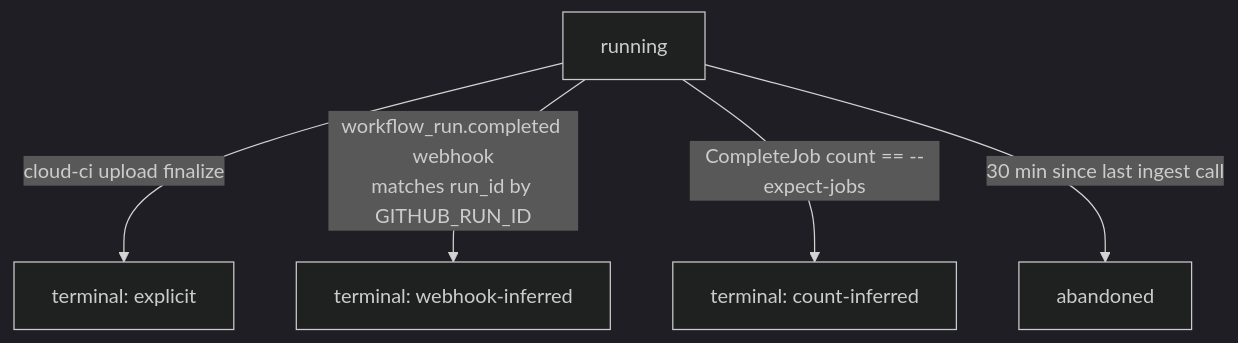
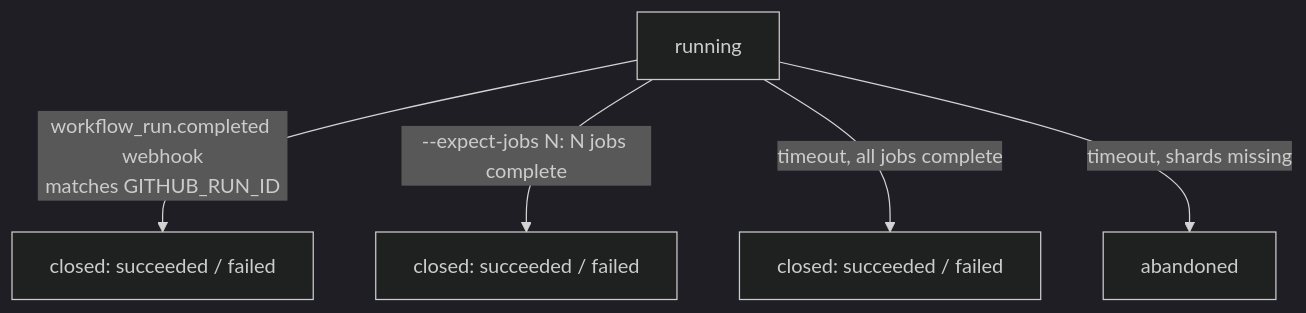
One commit to btkostner/cloud-ci changed the diagram in docs/design/byo-ci.md. Above: the diagram before and after it, drawn with Mermaid (dark theme). The commit also changed other lines of this file and 11 other files, not shown here.

Commit message:
Apply PR review round 2: default-branch settings, no aggregate check, sealing, shard templates, BYO completion by shard count, deployments, static run reports

````diff
--- a/docs/design/byo-ci.md
+++ b/docs/design/byo-ci.md
@@ -332,7 +466,7 @@
 ```mermaid
 flowchart TD
-    R[running] -->|"cloud-ci upload finalize"| T1[terminal: explicit]
-    R -->|"workflow_run.completed webhook<br/>matches run_id by GITHUB_RUN_ID"| T2[terminal: webhook-inferred]
-    R -->|"CompleteJob count == --expect-jobs"| T3[terminal: count-inferred]
-    R -->|"30 min since last ingest call"| T4[abandoned]
+    R[running] -->|"workflow_run.completed webhook<br/>matches GITHUB_RUN_ID"| C1[closed: succeeded / failed]
+    R -->|"--expect-jobs N: N jobs complete"| C2[closed: succeeded / failed]
+    R -->|"timeout, all jobs complete"| C3[closed: succeeded / failed]
+    R -->|"timeout, shards missing"| A[abandoned]
 ```
````
